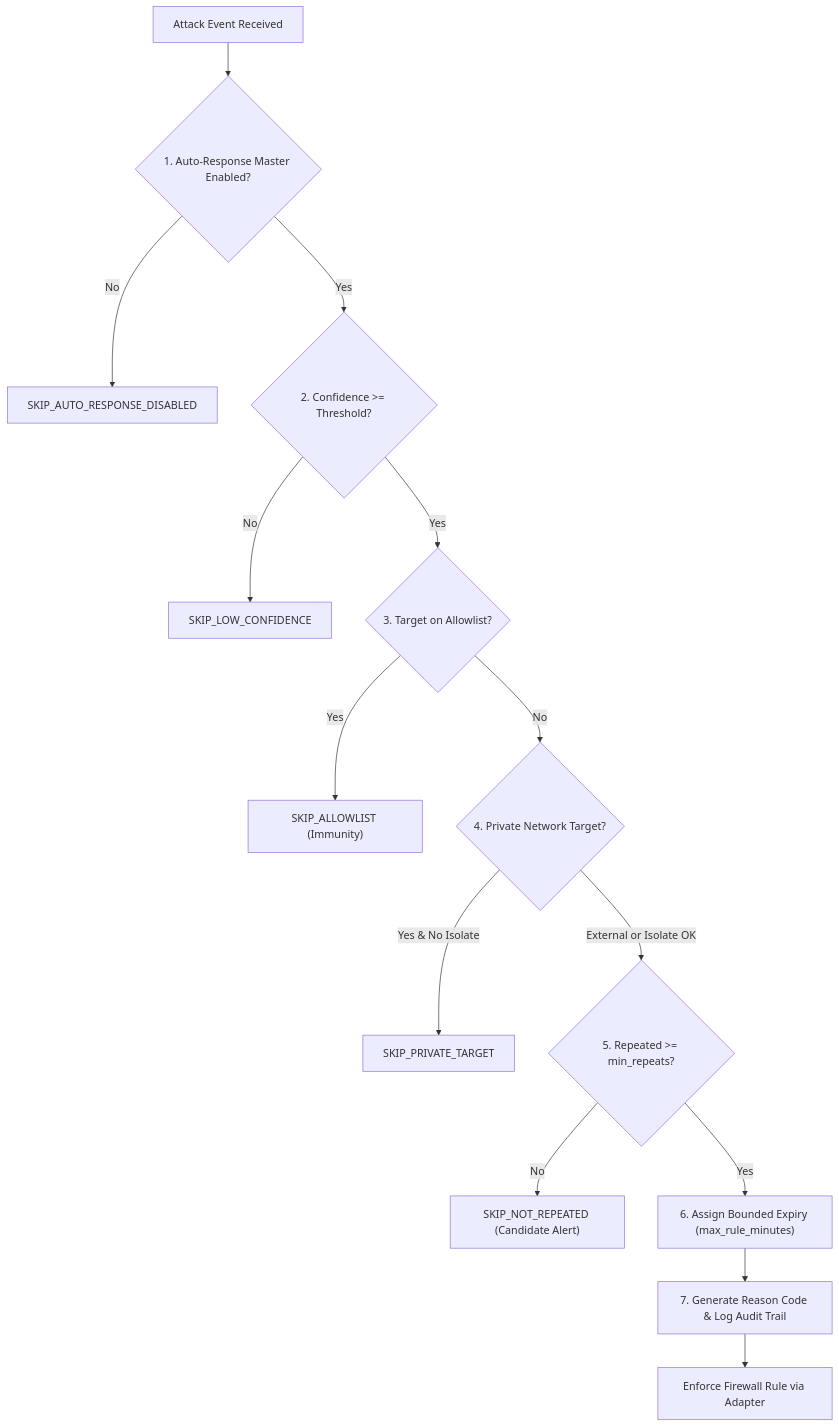
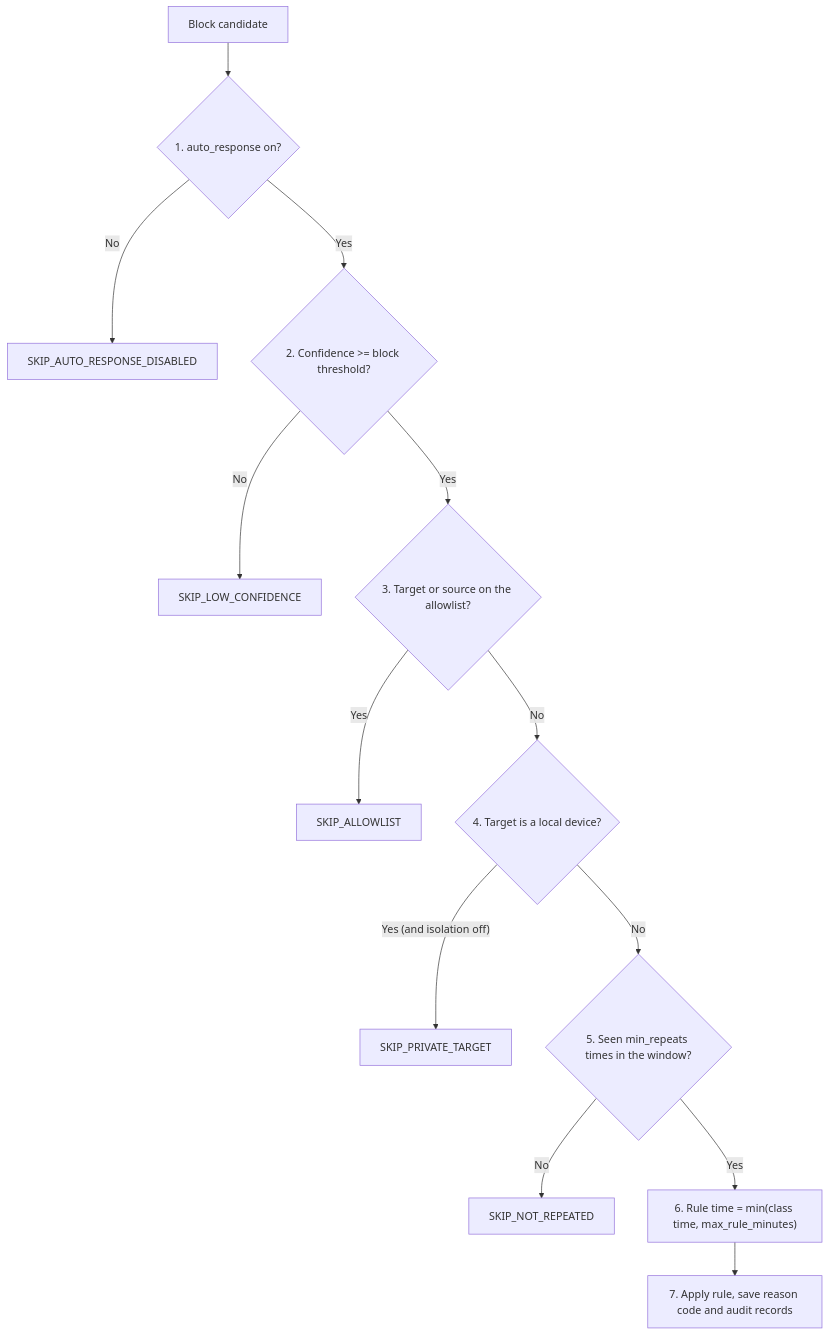
The diagram in docs/response_policy.md (madupadilshan/intrusion-detection), drawn with Mermaid before and after one commit. The commit also changed other lines of this file and 73 other files, not shown here.

````diff
--- a/docs/response_policy.md
+++ b/docs/response_policy.md
@@ -49,16 +46,15 @@
 ```mermaid
 flowchart TD
-    A["Attack Event Received"] --> C1{"1. Auto-Response Master Enabled?"}
+    A["Block candidate"] --> C1{"1. auto_response on?"}
     C1 -- No --> S1["SKIP_AUTO_RESPONSE_DISABLED"]
-    C1 -- Yes --> C2{"2. Confidence >= Threshold?"}
+    C1 -- Yes --> C2{"2. Confidence >= block threshold?"}
     C2 -- No --> S2["SKIP_LOW_CONFIDENCE"]
-    C2 -- Yes --> C3{"3. Target on Allowlist?"}
-    C3 -- Yes --> S3["SKIP_ALLOWLIST (Immunity)"]
-    C3 -- No --> C4{"4. Private Network Target?"}
-    C4 -- Yes & No Isolate --> S4["SKIP_PRIVATE_TARGET"]
-    C4 -- External or Isolate OK --> C5{"5. Repeated >= min_repeats?"}
-    C5 -- No --> S5["SKIP_NOT_REPEATED (Candidate Alert)"]
-    C5 -- Yes --> C6["6. Assign Bounded Expiry (max_rule_minutes)"]
-    C6 --> C7["7. Generate Reason Code & Log Audit Trail"]
-    C7 --> ACT["Enforce Firewall Rule via Adapter"]
+    C2 -- Yes --> C3{"3. Target or source on the allowlist?"}
+    C3 -- Yes --> S3["SKIP_ALLOWLIST"]
+    C3 -- No --> C4{"4. Target is a local device?"}
+    C4 -- "Yes (and isolation off)" --> S4["SKIP_PRIVATE_TARGET"]
+    C4 -- No --> C5{"5. Seen min_repeats times in the window?"}
+    C5 -- No --> S5["SKIP_NOT_REPEATED"]
+    C5 -- Yes --> C6["6. Rule time = min(class time, max_rule_minutes)"]
+    C6 --> C7["7. Apply rule, save reason code and audit records"]
 ```
````
